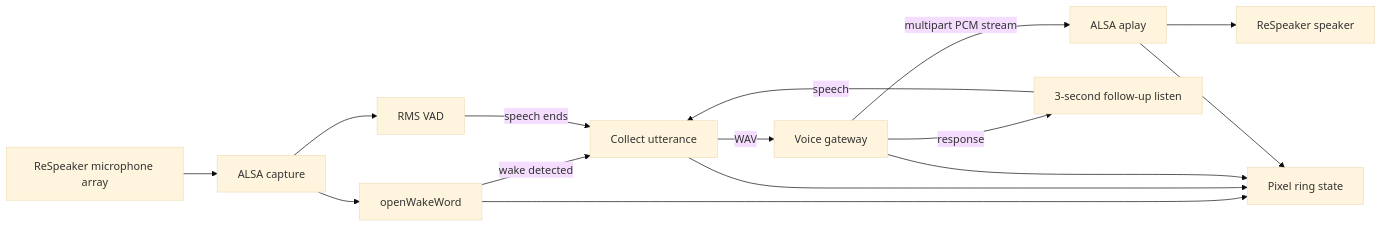
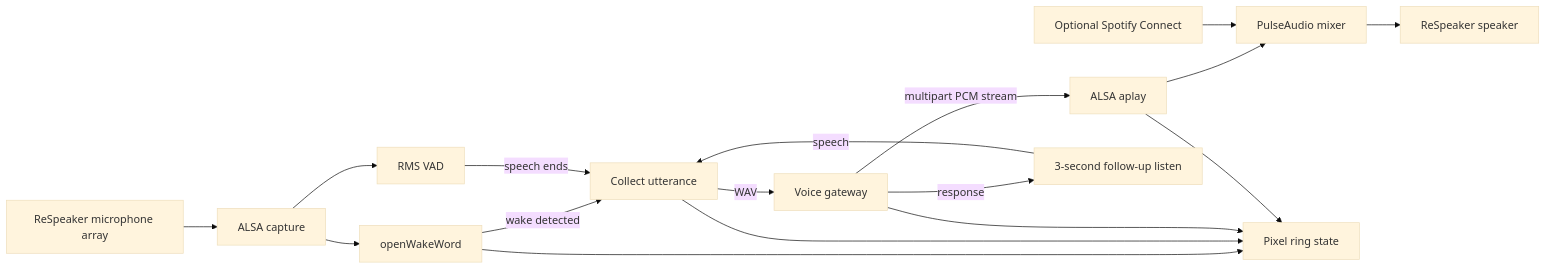
One commit to PetoAdam/homenavi-voice-satellite changed the diagram in README.md. Above: the diagram before and after it, drawn with Mermaid (base theme). The commit also changed other lines of this file and 14 other files, not shown here.

Commit message:
Add shared audio and optional Spotify Connect

````diff
--- a/README.md
+++ b/README.md
@@ -9,17 +9,19 @@
 ```mermaid
 flowchart LR
 	Mic[ReSpeaker microphone array] --> Capture[ALSA capture]
 	Capture --> Wake[openWakeWord]
 	Capture --> VAD[RMS VAD]
 	Wake -->|wake detected| Listen[Collect utterance]
 	VAD -->|speech ends| Listen
 	Listen -->|WAV| Gateway[Voice gateway]
 	Gateway -->|multipart PCM stream| Playback[ALSA aplay]
-	Playback --> Speaker[ReSpeaker speaker]
+	Playback --> Mixer[PulseAudio mixer]
+	Spotify[Optional Spotify Connect] --> Mixer
+	Mixer --> Speaker[ReSpeaker speaker]
 	Wake --> LEDs[Pixel ring state]
 	Listen --> LEDs
 	Gateway --> LEDs
 	Playback --> LEDs
 	Gateway -->|response| FollowUp[3-second follow-up listen]
 	FollowUp -->|speech| Listen
 ```
````
